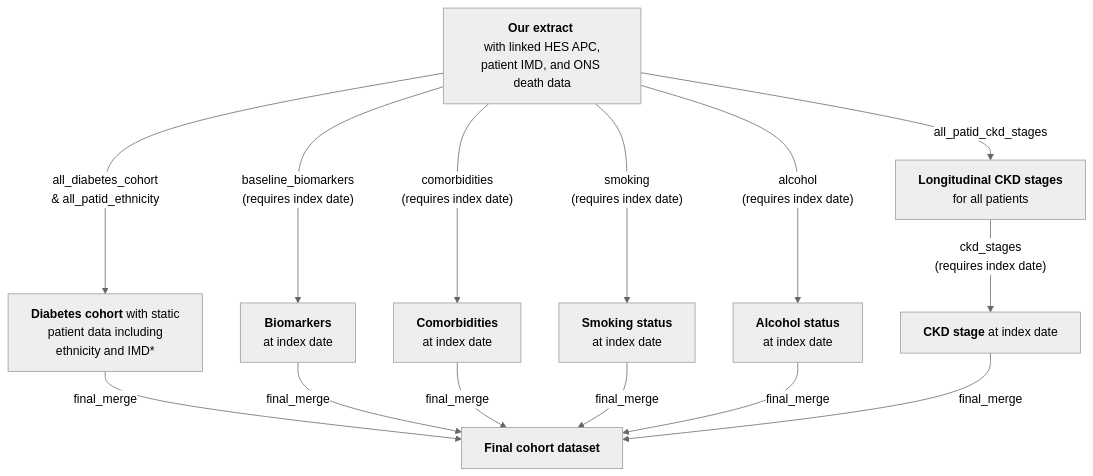
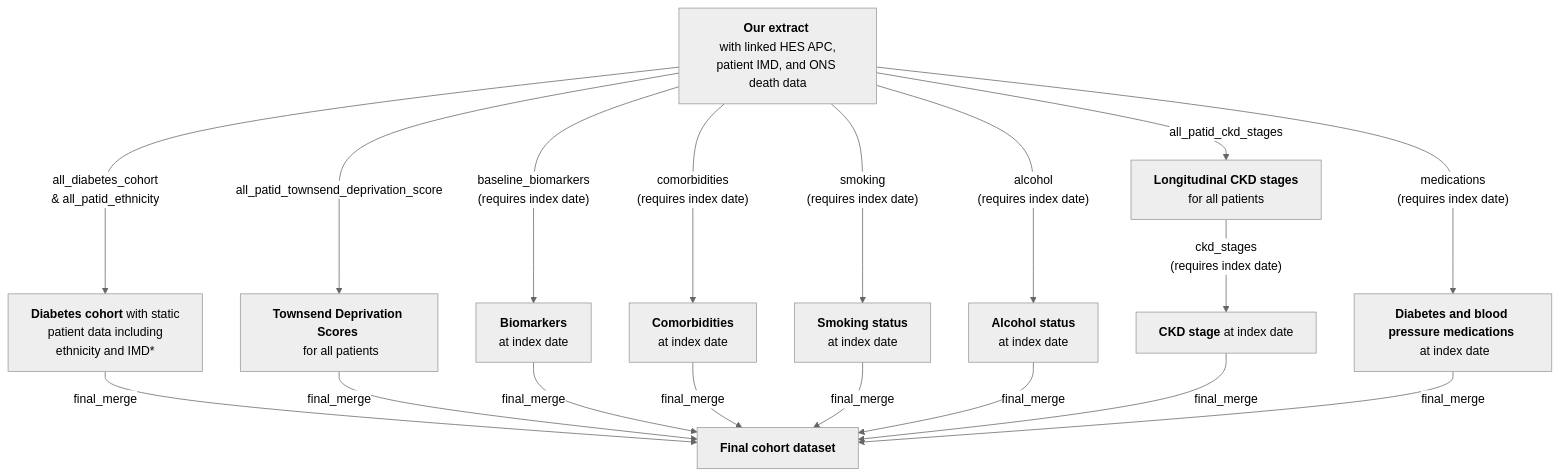
The diagram in 02-Prevalent/README.md (Exeter-Diabetes/CPRD-Cohort-scripts), drawn with Mermaid (neutral theme) before and after one commit. The commit also changed other lines of this file, not shown here.

````diff
--- a/02-Prevalent/README.md
+++ b/02-Prevalent/README.md
@@ -11,16 +11,20 @@
 ```mermaid
 graph TD;
     A["<b>Our extract</b> <br> with linked HES APC, patient IMD, and ONS death data"] --> |"all_diabetes_cohort <br> & all_patid_ethnicity"|B["<b>Diabetes cohort</b> with static <br> patient data including <br> ethnicity and IMD*"]
     A-->|"all_patid_ckd_stages"|C["<b>Longitudinal CKD stages</b> <br> for all patients"]
+    A-->|"all_patid_townsend_deprivation_score"|D["<b>Townsend Deprivation Scores</b> <br> for all patients"]
     A-->|"baseline_biomarkers <br> (requires index date)"|E["<b>Biomarkers</b> <br> at index date"]
     A-->|"comorbidities <br> (requires index date)"|F["<b>Comorbidities</b> <br> at index date"]
     A-->|"smoking <br> (requires index date)"|G["<b>Smoking status</b> <br> at index date"]
     A-->|"alcohol <br> (requires index date)"|H["<b>Alcohol status</b> <br> at index date"]
+    A-->|"medications <br> (requires index date)"|K["<b>Diabetes and blood pressure medications</b> <br> at index date"]
     C-->|"ckd_stages <br> (requires index date)"|I["<b>CKD stage</b <br> at index date"]
     B-->|"final_merge"|J["<b>Final cohort dataset</b>"]
+    D-->|"final_merge"|J
     E-->|"final_merge"|J
     F-->|"final_merge"|J
     G-->|"final_merge"|J
     H-->|"final_merge"|J
     I-->|"final_merge"|J
+    K-->|"final_merge"|J
 ```
````
